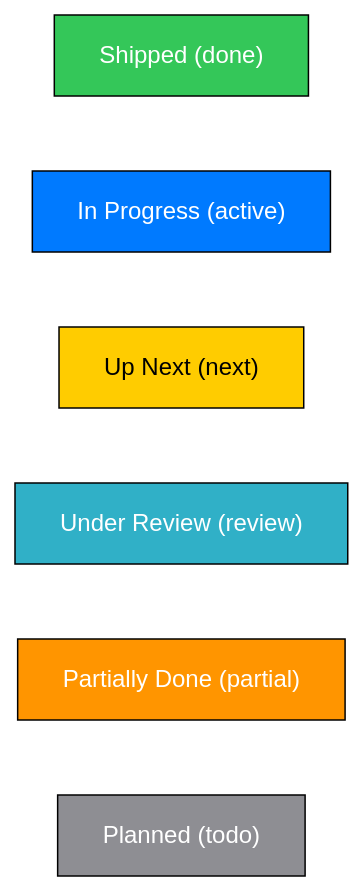
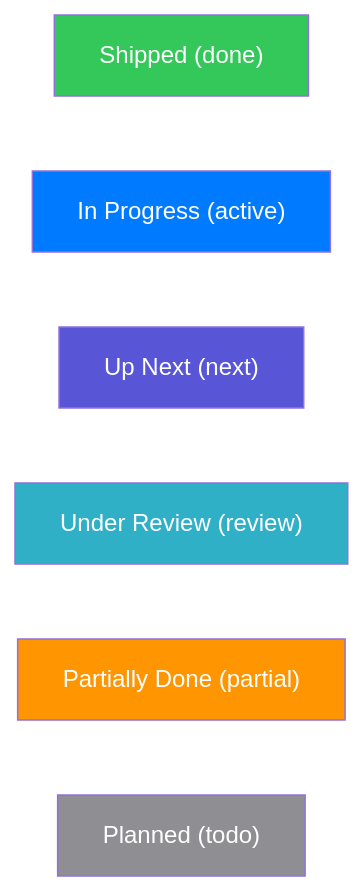
The second of 2 diagrams in docs/prioritized_roadmap.md (SlayerMotion/PureDraw), drawn with Mermaid before and after one commit. The commit also changed other lines of this file and 11 other files, not shown here.

First line of the commit message:
feat: implement graphics state properties and path containment checks

````diff
--- a/docs/prioritized_roadmap.md
+++ b/docs/prioritized_roadmap.md
@@ -34,16 +34,16 @@
 ```mermaid
 flowchart TB
-    classDef done fill:#34C759,stroke:#000,color:#fff
-    classDef active fill:#007AFF,stroke:#000,color:#fff
-    classDef next fill:#FFCC00,stroke:#000,color:#000
-    classDef review fill:#30B0C7,stroke:#000,color:#fff
-    classDef partial fill:#FF9500,stroke:#000,color:#fff
-    classDef todo fill:#8E8E93,stroke:#000,color:#fff
+    classDef done    fill:#34C759,color:#FFFFFF
+    classDef active  fill:#007AFF,color:#FFFFFF
+    classDef review  fill:#30B0C7,color:#FFFFFF
+    classDef next    fill:#5856D6,color:#FFFFFF
+    classDef partial fill:#FF9500,color:#FFFFFF
+    classDef todo    fill:#8E8E93,color:#FFFFFF
 
     L_done["Shipped (done)"]:::done ~~~
     L_active["In Progress (active)"]:::active ~~~
     L_next["Up Next (next)"]:::next ~~~
     L_review["Under Review (review)"]:::review ~~~
     L_partial["Partially Done (partial)"]:::partial ~~~
     L_todo["Planned (todo)"]:::todo
 ```
````
